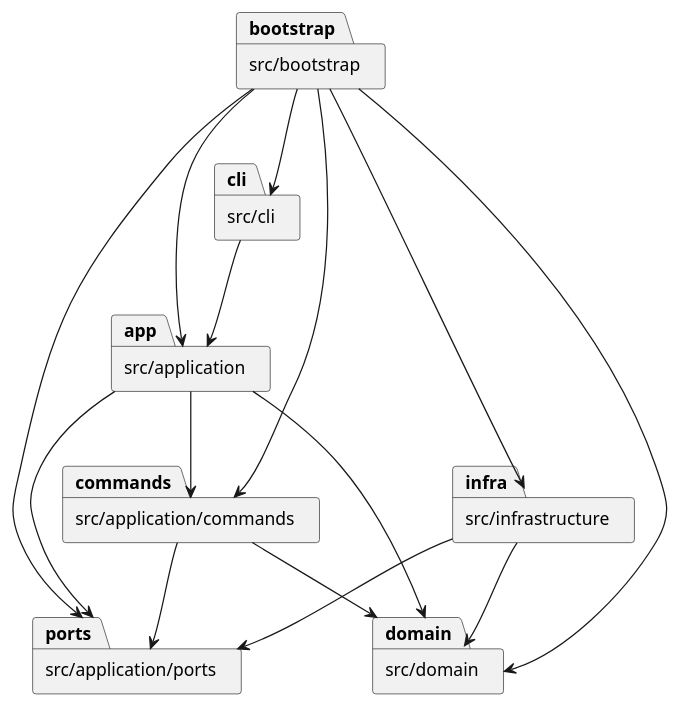
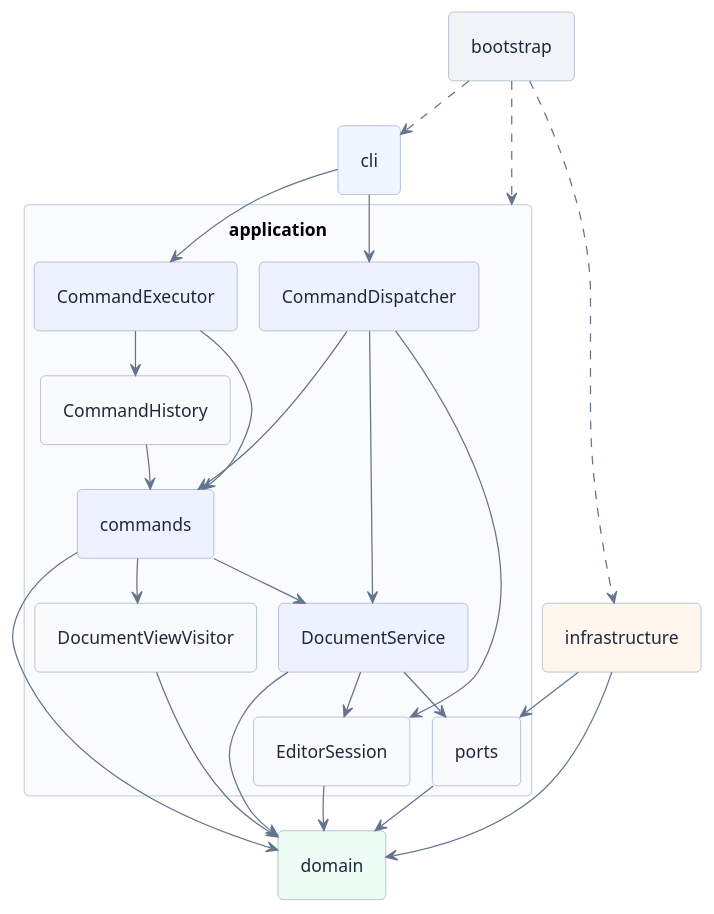
The diagram in doc/README.md (CelestriZeta/svg-editor-cli), drawn with PlantUML before and after one commit. The commit also changed other lines of this file and 1 other file, not shown here.

````diff
--- a/doc/README.md
+++ b/doc/README.md
@@ -31,26 +39,77 @@
 ```plantuml
 @startuml
+!pragma layout smetana
+top to bottom direction
+skinparam backgroundColor white
+skinparam shadowing false
 skinparam componentStyle rectangle
-package "src/bootstrap" as bootstrap
-package "src/cli" as cli
-package "src/application" as app
-package "src/application/commands" as commands
-package "src/application/ports" as ports
-package "src/domain" as domain
-package "src/infrastructure" as infra
-bootstrap --> cli
-bootstrap --> app
-bootstrap --> commands
-bootstrap --> ports
-bootstrap --> domain
-bootstrap --> infra
-cli --> app
-app --> commands
-app --> ports
-app --> domain
-commands --> ports
+skinparam packageStyle rectangle
+skinparam defaultFontName "Microsoft YaHei"
+skinparam defaultFontSize 14
+skinparam ArrowColor #64748B
+skinparam ArrowThickness 1
+skinparam roundCorner 8
+skinparam nodesep 30
+skinparam ranksep 40
+skinparam padding 8
+skinparam component {
+  BorderColor #94A3B8
+  FontColor #1E293B
+}
+skinparam package {
+  BorderColor #CBD5E1
+  FontColor #334155
+  FontStyle bold
+}
+
+component "bootstrap" as boot #F1F5F9
+component "cli" as cli #EFF6FF
+package "application" as app #FAFBFE {
+  together {
+    component "CommandDispatcher" as dispatcher #EEF2FF
+    component "CommandExecutor" as executor #EEF2FF
+  }
+  together {
+    component "CommandHistory" as history #F8FAFC
+    component "commands" as commands #EEF2FF
+  }
+  together {
+    component "DocumentService" as documents #EEF2FF
+    component "DocumentViewVisitor" as views #F8FAFC
+  }
+  together {
+    component "EditorSession" as session #F8FAFC
+    component "ports" as ports #F8FAFC
+  }
+  dispatcher -[hidden]right-> executor
+  history -[hidden]right-> commands
+  dispatcher --> commands
+  dispatcher --> session
+  dispatcher --> documents
+  executor --> commands
+  executor --> history
+  history --> commands
+  commands --> documents
+  commands --> views
+  documents --> session
+  documents --> ports
+  commands -[hidden]down-> views
+  views -[hidden]down-> session
+}
+component "infrastructure" as infra #FFF7ED
+component "domain" as domain #ECFDF5
+boot ..> cli
+boot ..> app
+boot ..> infra
+cli --> dispatcher
+cli --> executor
 commands --> domain
+views --> domain
+session --> domain
+documents --> domain
+ports --> domain
 infra --> ports
 infra --> domain
+session -[hidden]down-> domain
 @enduml
 ```
````
